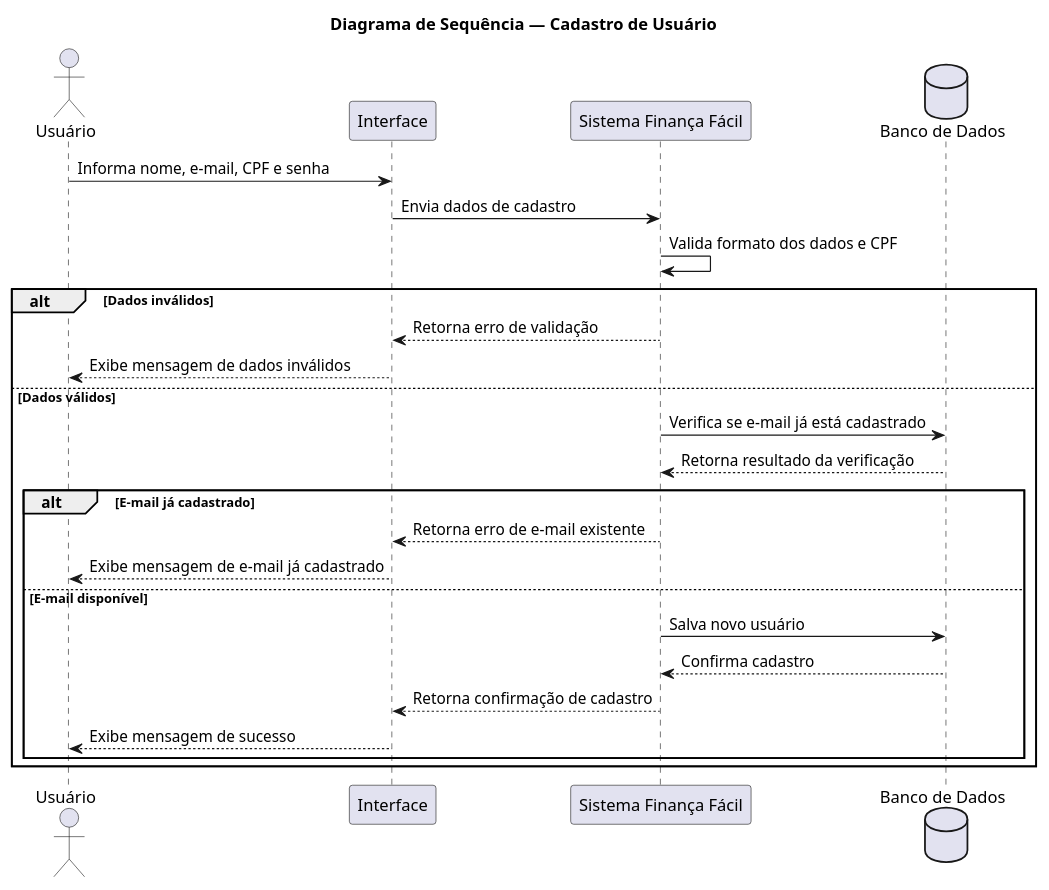
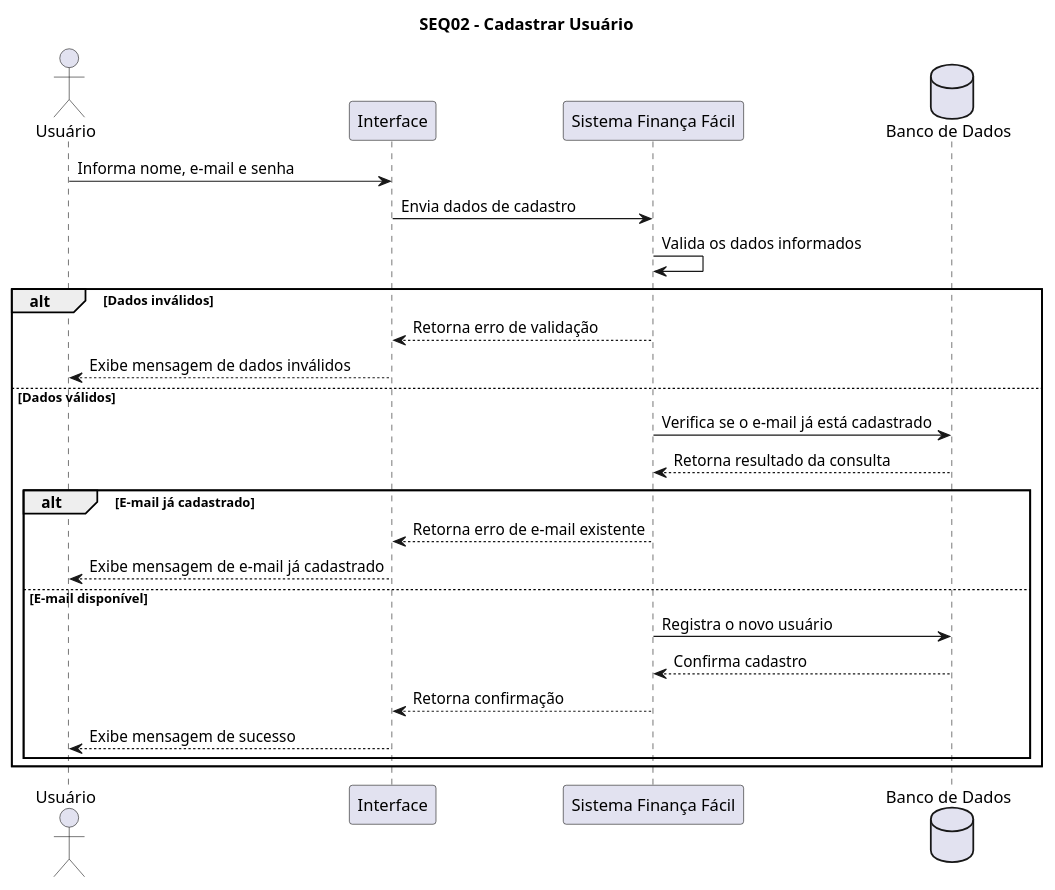
Before and after one commit to Nathan-Edu/Financa-Facil: the diagram in docs/modelagem/sequencia/cadastro-usuario.puml, drawn with PlantUML.

Commit message:
Update user registration sequence diagram

```diff
--- a/docs/modelagem/sequencia/cadastro-usuario.puml
+++ b/docs/modelagem/sequencia/cadastro-usuario.puml
@@ -1,29 +1,34 @@
 @startuml
-title Diagrama de Sequência — Cadastro de Usuário
+
+title SEQ02 - Cadastrar Usuário
 
 actor "Usuário" as Usuario
 participant "Interface" as Interface
 participant "Sistema Finança Fácil" as Sistema
 database "Banco de Dados" as Banco
 
-Usuario -> Interface: Informa nome, e-mail, CPF e senha
+Usuario -> Interface: Informa nome, e-mail e senha
 Interface -> Sistema: Envia dados de cadastro
-Sistema -> Sistema: Valida formato dos dados e CPF
+Sistema -> Sistema: Valida os dados informados
 
 alt Dados inválidos
     Sistema --> Interface: Retorna erro de validação
     Interface --> Usuario: Exibe mensagem de dados inválidos
+
 else Dados válidos
-    Sistema -> Banco: Verifica se e-mail já está cadastrado
-    Banco --> Sistema: Retorna resultado da verificação
+    Sistema -> Banco: Verifica se o e-mail já está cadastrado
+    Banco --> Sistema: Retorna resultado da consulta
+
     alt E-mail já cadastrado
         Sistema --> Interface: Retorna erro de e-mail existente
         Interface --> Usuario: Exibe mensagem de e-mail já cadastrado
+
     else E-mail disponível
-        Sistema -> Banco: Salva novo usuário
+        Sistema -> Banco: Registra o novo usuário
         Banco --> Sistema: Confirma cadastro
-        Sistema --> Interface: Retorna confirmação de cadastro
+        Sistema --> Interface: Retorna confirmação
         Interface --> Usuario: Exibe mensagem de sucesso
     end
 end
+
 @enduml
```
